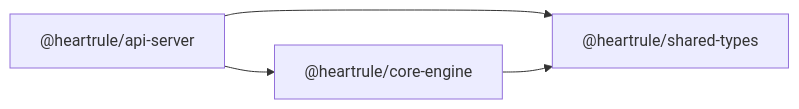
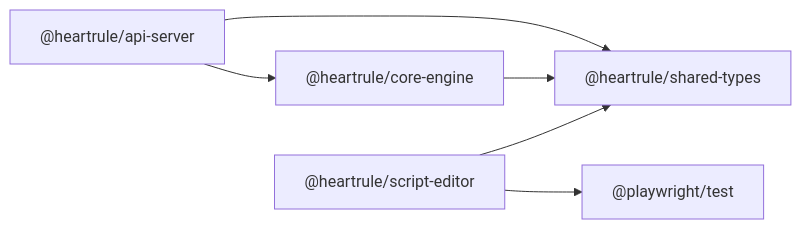
One commit to EverettCamus/HeartRule-Qoder changed the seventh of 7 diagrams in .qoder/repowiki/zh/content/测试策略/测试自动化.md. Above: the diagram before and after it, drawn with Mermaid. The commit also changed other lines of this file and 40 other files, not shown here.

````diff
--- a/.qoder/repowiki/zh/content/测试策略/测试自动化.md
+++ b/.qoder/repowiki/zh/content/测试策略/测试自动化.md
@@ -236,6 +326,8 @@
 ```mermaid
 graph LR
 API["@heartrule/api-server"] --> CORE["@heartrule/core-engine"]
 API --> SHARED["@heartrule/shared-types"]
 CORE --> SHARED
+SE["@heartrule/script-editor"] --> SHARED
+SE --> PW["@playwright/test"]
 ```
````
